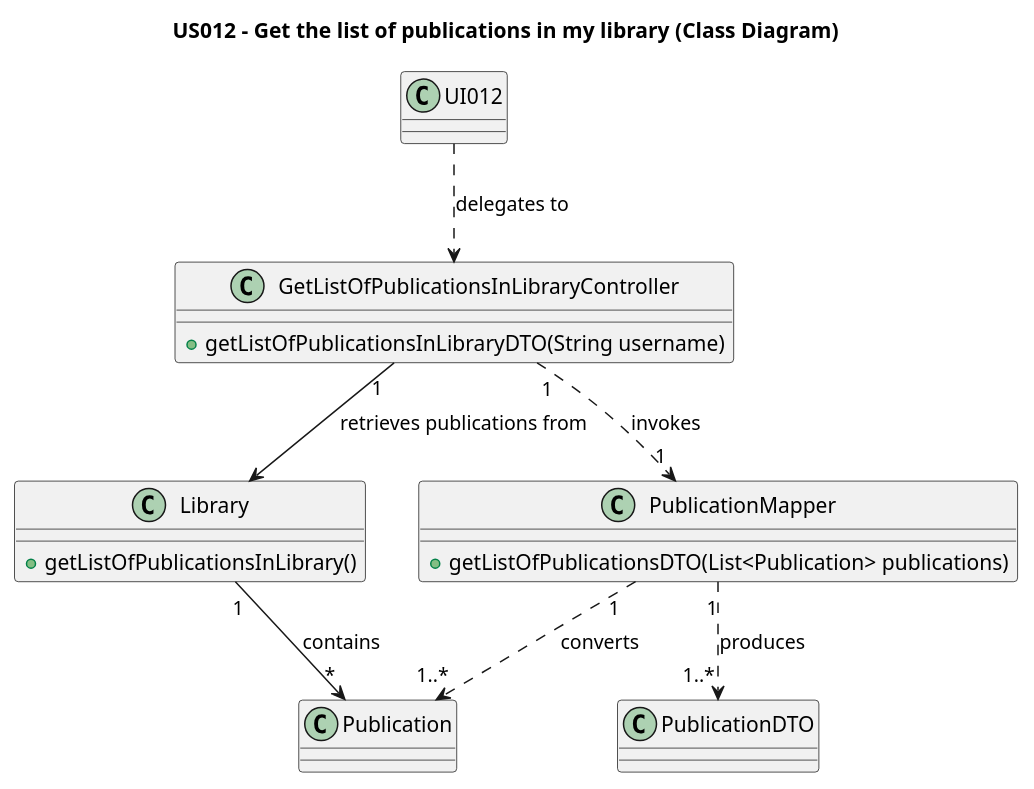
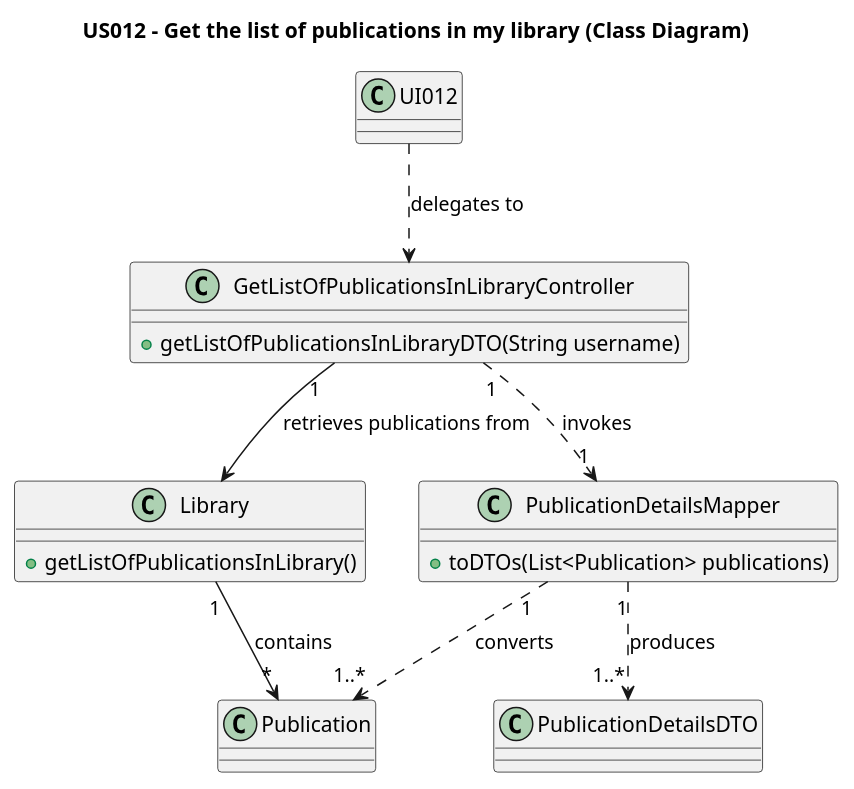
Before and after one commit to AndrePereiraGitH/SWitCH-Project-Team_A: the diagram in Diagrams/ClassDiagrams/US012-to-get-list-of-publications.puml, drawn with PlantUML. The commit also changed 17 other files, not shown here.

```diff
--- a/Diagrams/ClassDiagrams/US012-to-get-list-of-publications.puml
+++ b/Diagrams/ClassDiagrams/US012-to-get-list-of-publications.puml
@@ -1,37 +1,37 @@
 @startuml
 title US012 - Get the list of publications in my library (Class Diagram)
 
 class UI012 {
 }
 
 class GetListOfPublicationsInLibraryController {
     +getListOfPublicationsInLibraryDTO(String username)
 }
 
 class Library {
     +getListOfPublicationsInLibrary()
 }
 
 class Publication {
 }
 
-class PublicationDTO {
+class PublicationDetailsDTO {
 }
 
-class PublicationMapper {
-    +getListOfPublicationsDTO(List<Publication> publications)
+class PublicationDetailsMapper {
+    +toDTOs(List<Publication> publications)
 }
 
 ' ---------------- Relationships ----------------
 
 UI012 ..> GetListOfPublicationsInLibraryController : delegates to
 
 GetListOfPublicationsInLibraryController "1" --> Library : retrieves publications from
-GetListOfPublicationsInLibraryController "1" ..> "1" PublicationMapper : invokes
+GetListOfPublicationsInLibraryController "1" ..> "1" PublicationDetailsMapper : invokes
 
 Library "1" --> "*" Publication : contains
 
-PublicationMapper "1" ..> "1..*" Publication : converts
-PublicationMapper "1" ..> "1..*" PublicationDTO : produces
+PublicationDetailsMapper "1" ..> "1..*" Publication : converts
+PublicationDetailsMapper "1" ..> "1..*" PublicationDetailsDTO : produces
 
 @enduml
```
